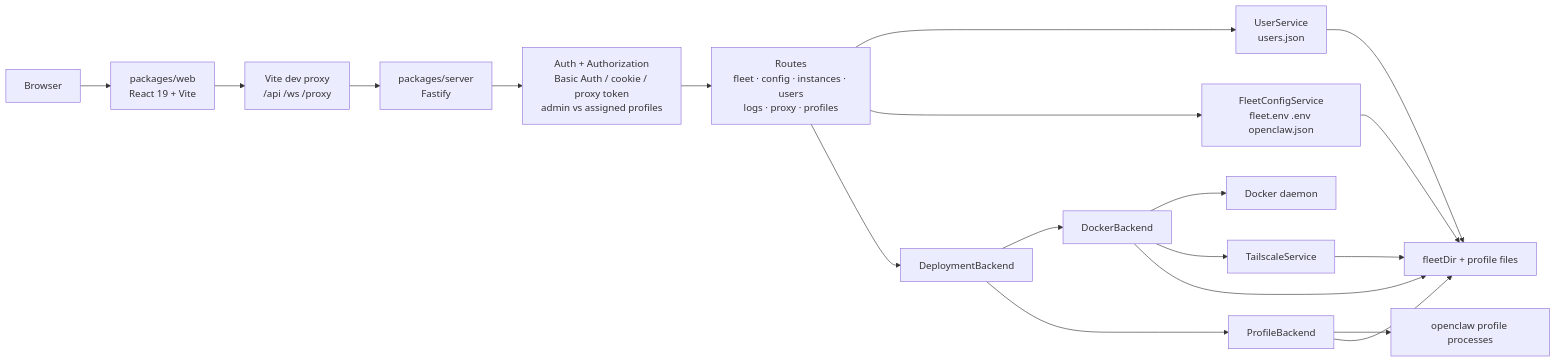
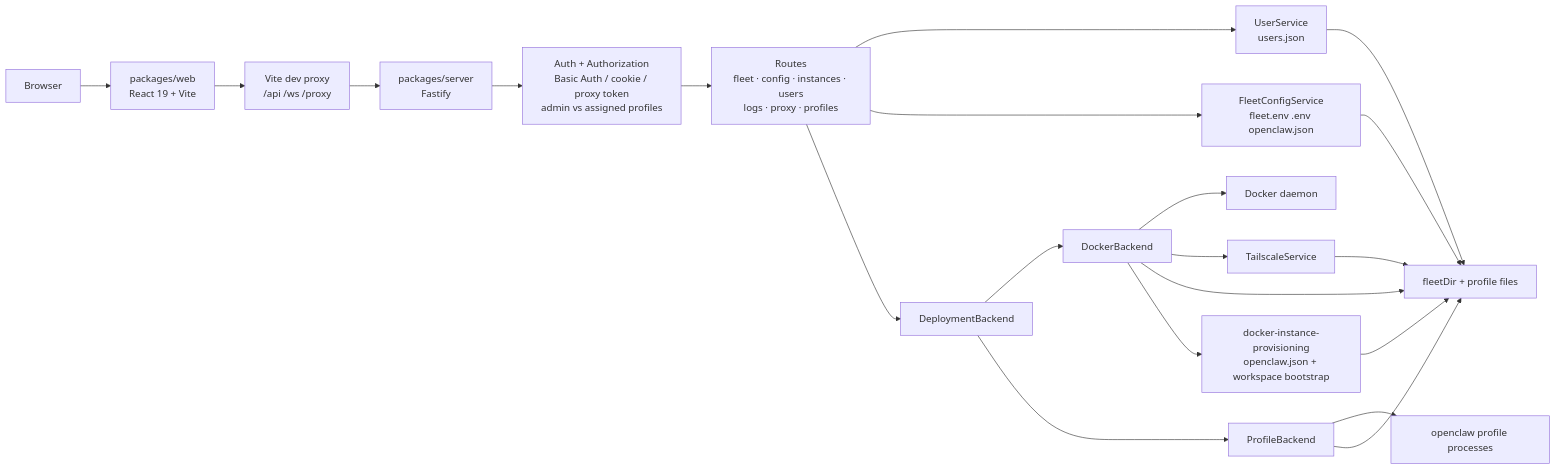
Before and after one commit to qiyuangong/claw-fleet-manager: the diagram in docs/arch/README.md, drawn with Mermaid. The commit also changed other lines of this file and 25 other files, not shown here.

````diff
--- a/docs/arch/README.md
+++ b/docs/arch/README.md
@@ -19,37 +19,40 @@
 ```mermaid
 flowchart LR
     Browser["Browser"]
     Web["packages/web<br/>React 19 + Vite"]
     Vite["Vite dev proxy<br/>/api /ws /proxy"]
     Server["packages/server<br/>Fastify"]
     Auth["Auth + Authorization<br/>Basic Auth / cookie / proxy token<br/>admin vs assigned profiles"]
     Routes["Routes<br/>fleet · config · instances · users<br/>logs · proxy · profiles"]
     Backend["DeploymentBackend"]
     DockerBackend["DockerBackend"]
     ProfileBackend["ProfileBackend"]
     UserSvc["UserService<br/>users.json"]
     FleetCfg["FleetConfigService<br/>fleet.env .env openclaw.json"]
+    Provision["docker-instance-provisioning<br/>openclaw.json + workspace bootstrap"]
     Tail["TailscaleService"]
     Docker["Docker daemon"]
     OpenClaw["openclaw profile processes"]
     Files["fleetDir + profile files"]
 
     Browser --> Web
     Web --> Vite
     Vite --> Server
     Server --> Auth
     Auth --> Routes
     Routes --> UserSvc
     Routes --> FleetCfg
     Routes --> Backend
     Backend --> DockerBackend
     Backend --> ProfileBackend
     DockerBackend --> Docker
     DockerBackend --> Tail
     DockerBackend --> Files
+    DockerBackend --> Provision
+    Provision --> Files
     ProfileBackend --> OpenClaw
     ProfileBackend --> Files
     UserSvc --> Files
     FleetCfg --> Files
     Tail --> Files
 ```
````
